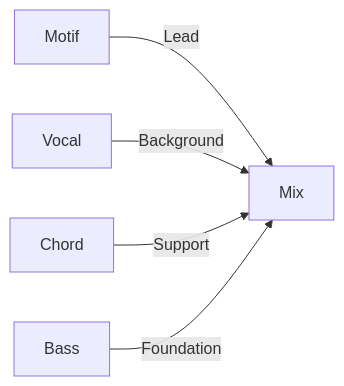
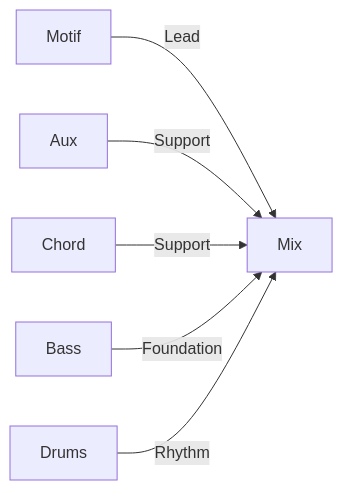
Before and after one commit to libraz/midi-sketch-homepage: the fourth of 6 diagrams in src/docs/presets.md, drawn with Mermaid. The commit also changed other lines of this file and 24 other files, not shown here.

````diff
--- a/src/docs/presets.md
+++ b/src/docs/presets.md
@@ -245,7 +257,8 @@
 ```mermaid
 flowchart LR
     MT[Motif] -->|Lead| M[Mix]
-    V[Vocal] -->|Background| M
+    AX[Aux] -->|Support| M
     C[Chord] -->|Support| M
     B[Bass] -->|Foundation| M
+    D[Drums] -->|Rhythm| M
 ```
````
